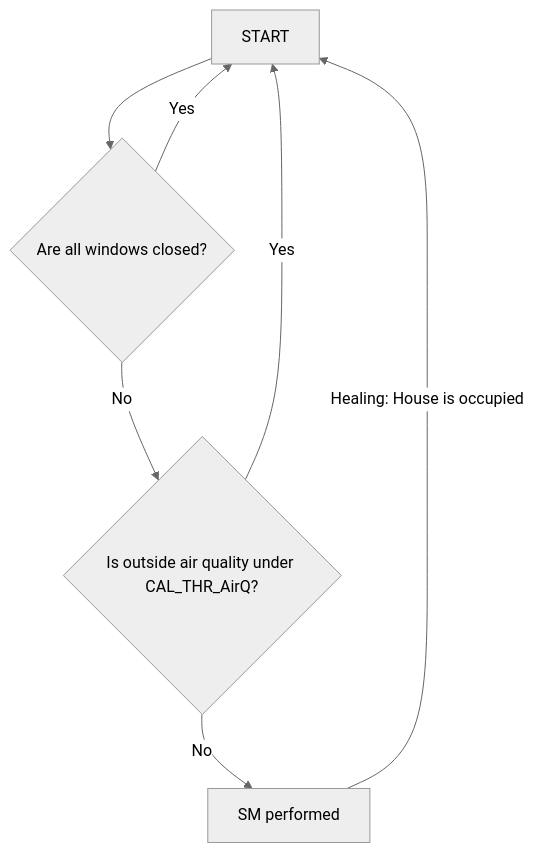
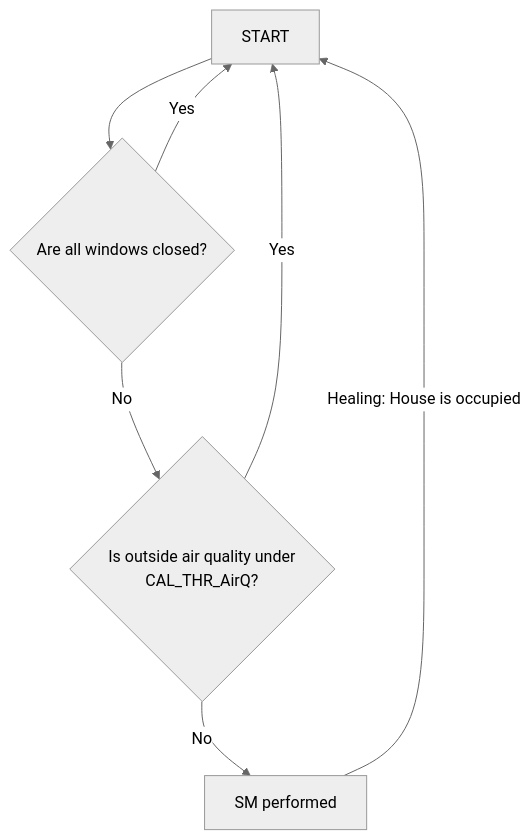
One commit to Arkaqius/SafetyComponent changed the seventh of 34 diagrams in SafetyConcept/SafetyConcept - SYS.md. Above: the diagram before and after it, drawn with Mermaid (neutral theme). The commit also changed other lines of this file, not shown here.

Commit message:
fix widths of mermaid graphs

````diff
--- a/SafetyConcept/SafetyConcept - SYS.md
+++ b/SafetyConcept/SafetyConcept - SYS.md
@@ -324,9 +324,9 @@
 ```mermaid
 flowchart TD
     A[START] -->| | B{Are all windows closed?}
     B -->|Yes| A
-    B -->|No| C{Is outside air quality under CAL_THR_AirQ?}
+    B -->|No| C{Is outside air quality under\n CAL_THR_AirQ?}
     C -->|Yes| A
     C -->|No| E[SM performed]
     E -->|Healing: House is occupied| A
 ```
````
